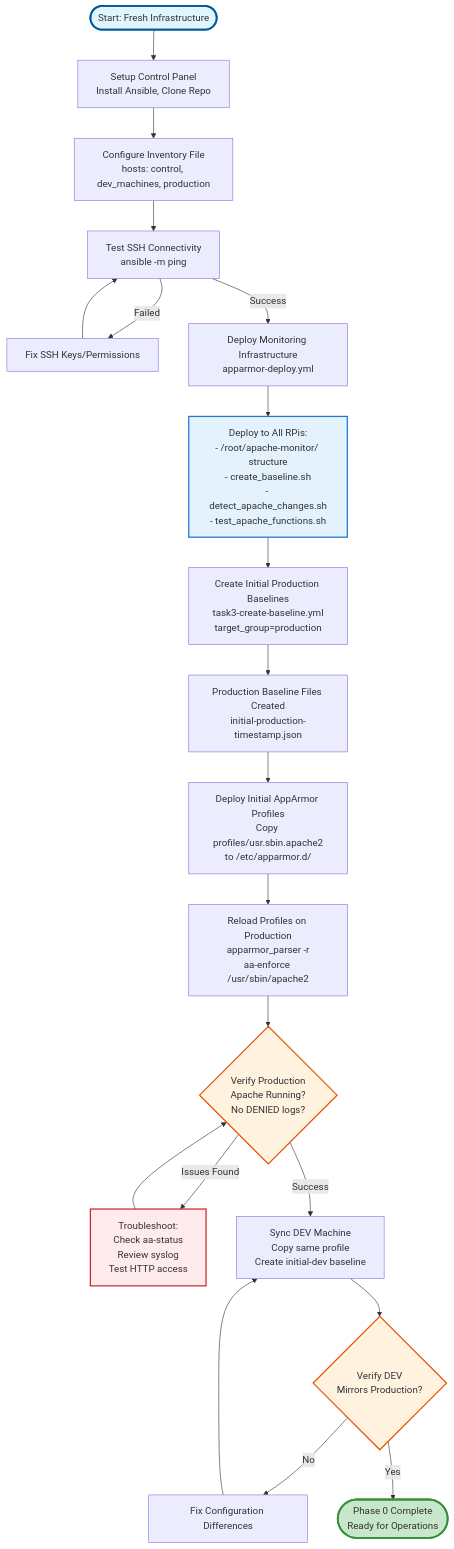
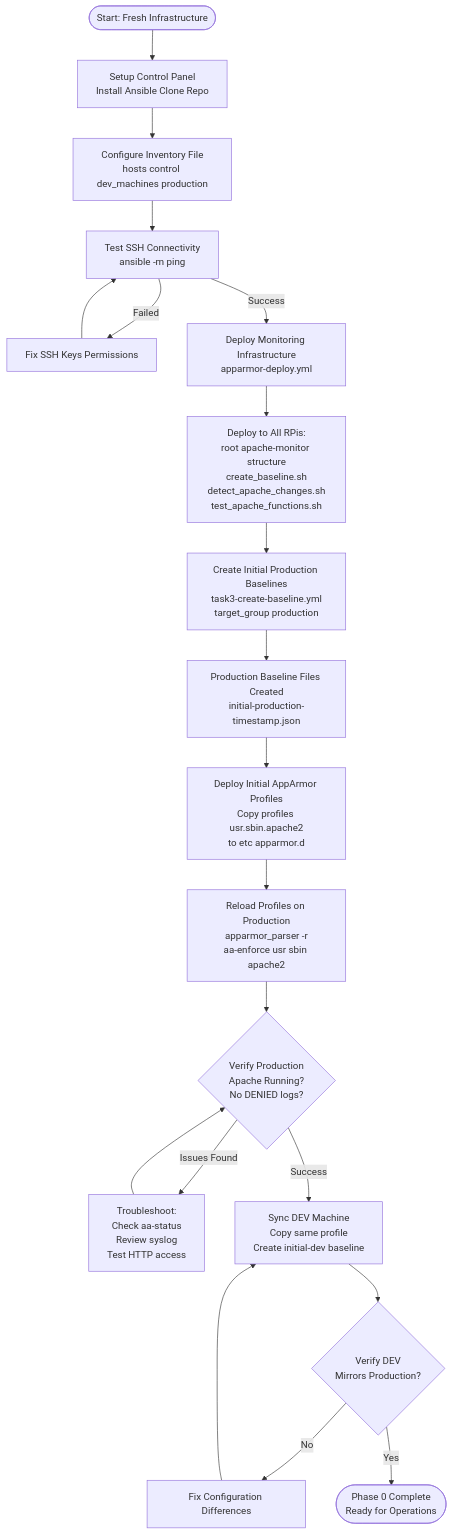
The ninth of 16 diagrams in COMPLETE_WORKFLOW.md (jimmyloi1025/apparmor_automation), drawn with Mermaid before and after one commit. The commit also changed other lines of this file, not shown here.

````diff
--- a/COMPLETE_WORKFLOW.md
+++ b/COMPLETE_WORKFLOW.md
@@ -1570,42 +1594,35 @@
 ```mermaid
 flowchart TD
-    Start([Start: Fresh Infrastructure]) --> Setup[Setup Control Panel<br/>Install Ansible, Clone Repo]
-    Setup --> Inventory[Configure Inventory File<br/>hosts: control, dev_machines, production]
+    Start([Start: Fresh Infrastructure]) --> Setup[Setup Control Panel<br/>Install Ansible Clone Repo]
+    Setup --> Inventory[Configure Inventory File<br/>hosts control dev_machines production]
     Inventory --> TestConn[Test SSH Connectivity<br/>ansible -m ping]
     
-    TestConn -->|Failed| FixSSH[Fix SSH Keys/Permissions]
+    TestConn -->|Failed| FixSSH[Fix SSH Keys Permissions]
     FixSSH --> TestConn
     
     TestConn -->|Success| Deploy[Deploy Monitoring Infrastructure<br/>apparmor-deploy.yml]
     
-    Deploy --> DeploySteps[Deploy to All RPis:<br/>- /root/apache-monitor/ structure<br/>- create_baseline.sh<br/>- detect_apache_changes.sh<br/>- test_apache_functions.sh]
+    Deploy --> DeploySteps[Deploy to All RPis:<br/>root apache-monitor structure<br/>create_baseline.sh<br/>detect_apache_changes.sh<br/>test_apache_functions.sh]
     
-    DeploySteps --> CreateProdBase[Create Initial Production Baselines<br/>task3-create-baseline.yml<br/>target_group=production]
+    DeploySteps --> CreateProdBase[Create Initial Production Baselines<br/>task3-create-baseline.yml<br/>target_group production]
     
     CreateProdBase --> ProdBaseFiles[Production Baseline Files Created<br/>initial-production-timestamp.json]
     
-    ProdBaseFiles --> DeployProfile[Deploy Initial AppArmor Profiles<br/>Copy profiles/usr.sbin.apache2<br/>to /etc/apparmor.d/]
+    ProdBaseFiles --> DeployProfile[Deploy Initial AppArmor Profiles<br/>Copy profiles usr.sbin.apache2<br/>to etc apparmor.d]
     
-    DeployProfile --> ReloadProd[Reload Profiles on Production<br/>apparmor_parser -r<br/>aa-enforce /usr/sbin/apache2]
+    DeployProfile --> ReloadProd[Reload Profiles on Production<br/>apparmor_parser -r<br/>aa-enforce usr sbin apache2]
     
     ReloadProd --> VerifyProd{Verify Production<br/>Apache Running?<br/>No DENIED logs?}
     
     VerifyProd -->|Issues Found| TroubleshootProd[Troubleshoot:<br/>Check aa-status<br/>Review syslog<br/>Test HTTP access]
     TroubleshootProd --> VerifyProd
     
     VerifyProd -->|Success| SyncDev[Sync DEV Machine<br/>Copy same profile<br/>Create initial-dev baseline]
     
     SyncDev --> VerifyDev{Verify DEV<br/>Mirrors Production?}
     
     VerifyDev -->|No| FixDev[Fix Configuration Differences]
     FixDev --> SyncDev
     
     VerifyDev -->|Yes| Complete([Phase 0 Complete<br/>Ready for Operations])
-    
-    style Start fill:#e1f5ff,stroke:#01579b,stroke-width:3px
-    style Complete fill:#c8e6c9,stroke:#388e3c,stroke-width:3px
-    style VerifyProd fill:#fff3e0,stroke:#e65100,stroke-width:2px
-    style VerifyDev fill:#fff3e0,stroke:#e65100,stroke-width:2px
-    style TroubleshootProd fill:#ffebee,stroke:#c62828,stroke-width:2px
-    style DeploySteps fill:#e3f2fd,stroke:#1976d2,stroke-width:2px
 ```
````
